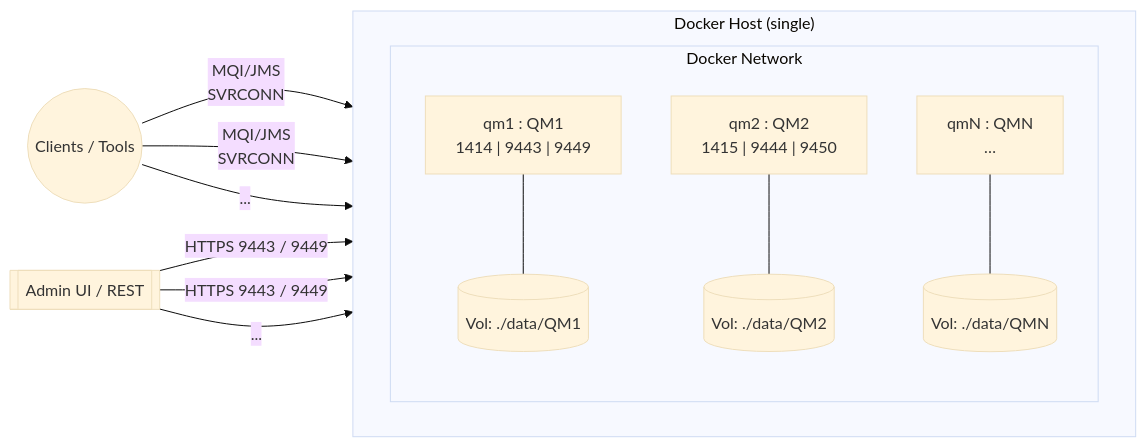
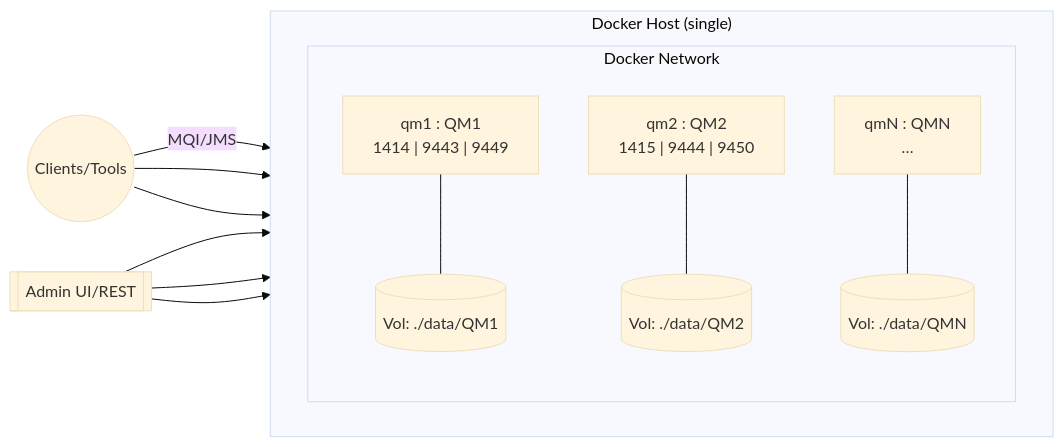
The first of 3 diagrams in README.md (aztekmq/ibmMQArchitectureLab), drawn with Mermaid (base theme) before and after one commit. The commit also changed other lines of this file, not shown here.

````diff
--- a/README.md
+++ b/README.md
@@ -40,23 +127,18 @@
 ```mermaid
 flowchart LR
   subgraph Host["Docker Host (single)"]
     direction LR
     subgraph Net["Docker Network"]
       direction TB
       QM1["qm1 : QM1\n1414 | 9443 | 9449"] --- V1[("Vol: ./data/QM1")]
       QM2["qm2 : QM2\n1415 | 9444 | 9450"] --- V2[("Vol: ./data/QM2")]
       QMn["qmN : QMN\n…"] --- Vn[("Vol: ./data/QMN")]
     end
   end
-
-  Clients((Clients / Tools))
-  Admin[[Admin UI / REST]]
-
-  Clients -->|MQI/JMS\nSVRCONN| QM1
-  Clients -->|MQI/JMS\nSVRCONN| QM2
-  Clients -->|...| QMn
-
-  Admin -->|HTTPS 9443 / 9449| QM1
-  Admin -->|HTTPS 9443 / 9449| QM2
-  Admin -->|...| QMn
+  Clients((Clients/Tools)) -->|MQI/JMS| QM1
+  Clients --> QM2
+  Clients --> QMn
+  Admin[[Admin UI/REST]] --> QM1
+  Admin --> QM2
+  Admin --> QMn
 ```
````
